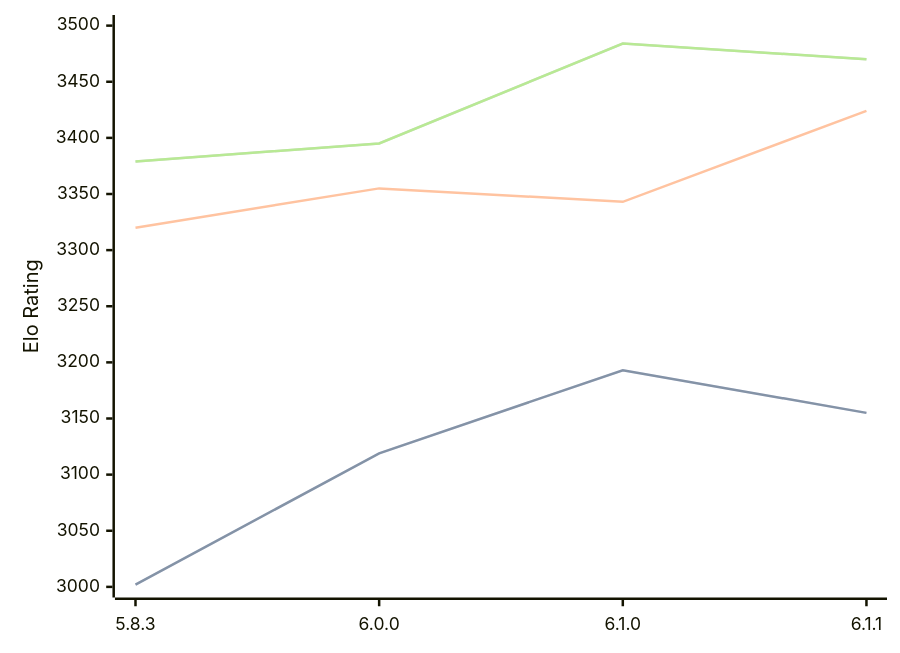
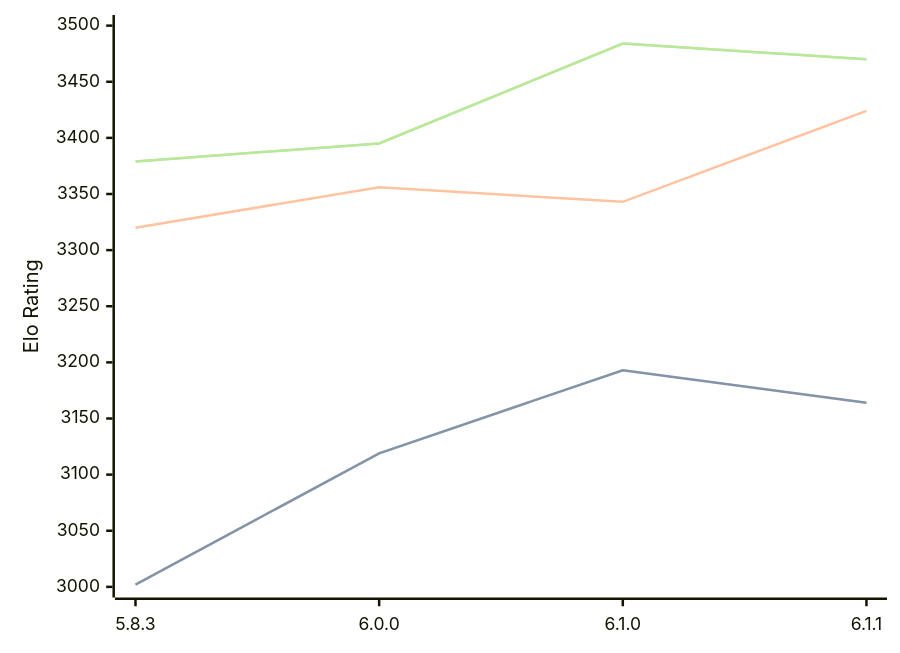
The diagram in engines/Zigqueen.md (computer-chess-index/cci), drawn with Mermaid before and after one commit. The commit also changed other lines of this file, not shown here.

````diff
--- a/engines/Zigqueen.md
+++ b/engines/Zigqueen.md
@@ -37,11 +38,11 @@
 ```mermaid
 %%{init: {"theme":"base","themeVariables":{"seriesColors:['#a3a3a3','#222221','#faa371']}}}%%
 xychart-beta
   x-axis ["5.8.3", "6.0.0", "6.1.0", "6.1.1"]
   y-axis "Elo Rating" 3000 --> 3500
-  line "" [3002, 3119, 3193, 3155]
-  line "STC (8.0+0.08s)" [3002, 3119, 3193, 3155]
-  line "LTC (60.0+0.60s)" [3320, 3355, 3343, 3424]
+  line "" [3002, 3119, 3193, 3164]
+  line "STC (8.0+0.08s)" [3002, 3119, 3193, 3164]
+  line "LTC (60.0+0.60s)" [3320, 3356, 3343, 3424]
   line "" [3379, 3395, 3484, 3470]
   line "VLTC (2m24s+1.12s)" [3379, 3395, 3484, 3470]
 ```
````
